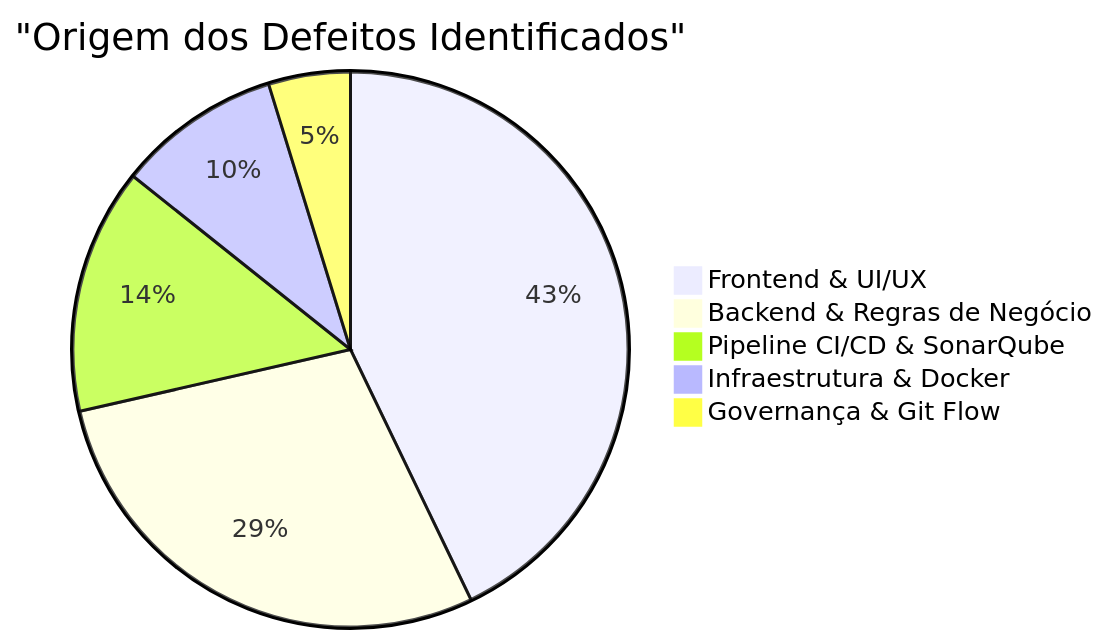
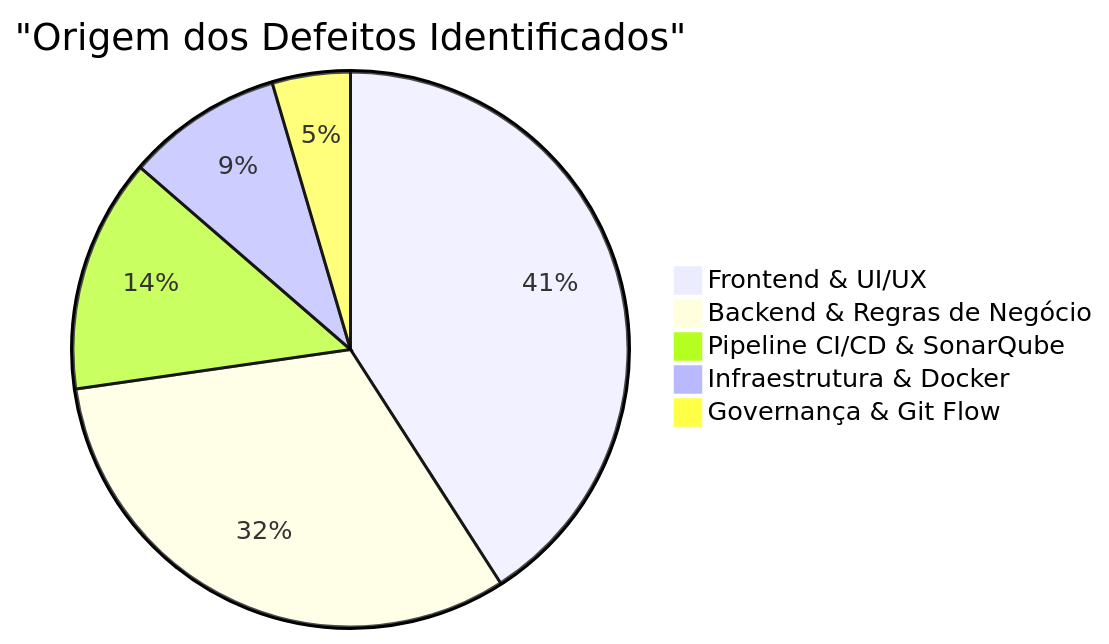
One commit to ADS-IFPB-SR/alumigest changed the diagram in docs/projeto-001/003-teste/RBD-Registro_de_Bugs_e_Defeitos.md. Above: the diagram before and after it, drawn with Mermaid. The commit also changed other lines of this file and 431 other files, not shown here.

````diff
--- a/docs/projeto-001/003-teste/RBD-Registro_de_Bugs_e_Defeitos.md
+++ b/docs/projeto-001/003-teste/RBD-Registro_de_Bugs_e_Defeitos.md
@@ -622,8 +658,8 @@
 ```mermaid
 pie title "Origem dos Defeitos Identificados"
     "Frontend & UI/UX" : 9
-    "Backend & Regras de Negócio" : 6
+    "Backend & Regras de Negócio" : 7
     "Pipeline CI/CD & SonarQube" : 3
     "Infraestrutura & Docker" : 2
     "Governança & Git Flow" : 1
 ```
````
